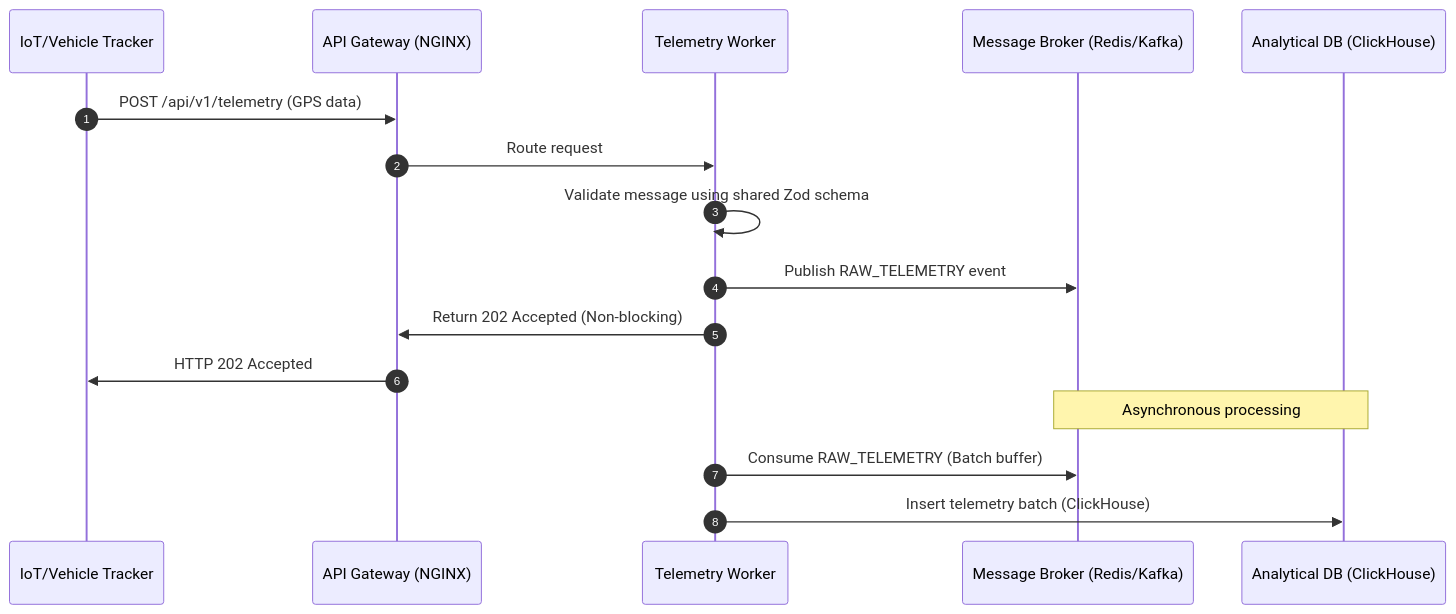
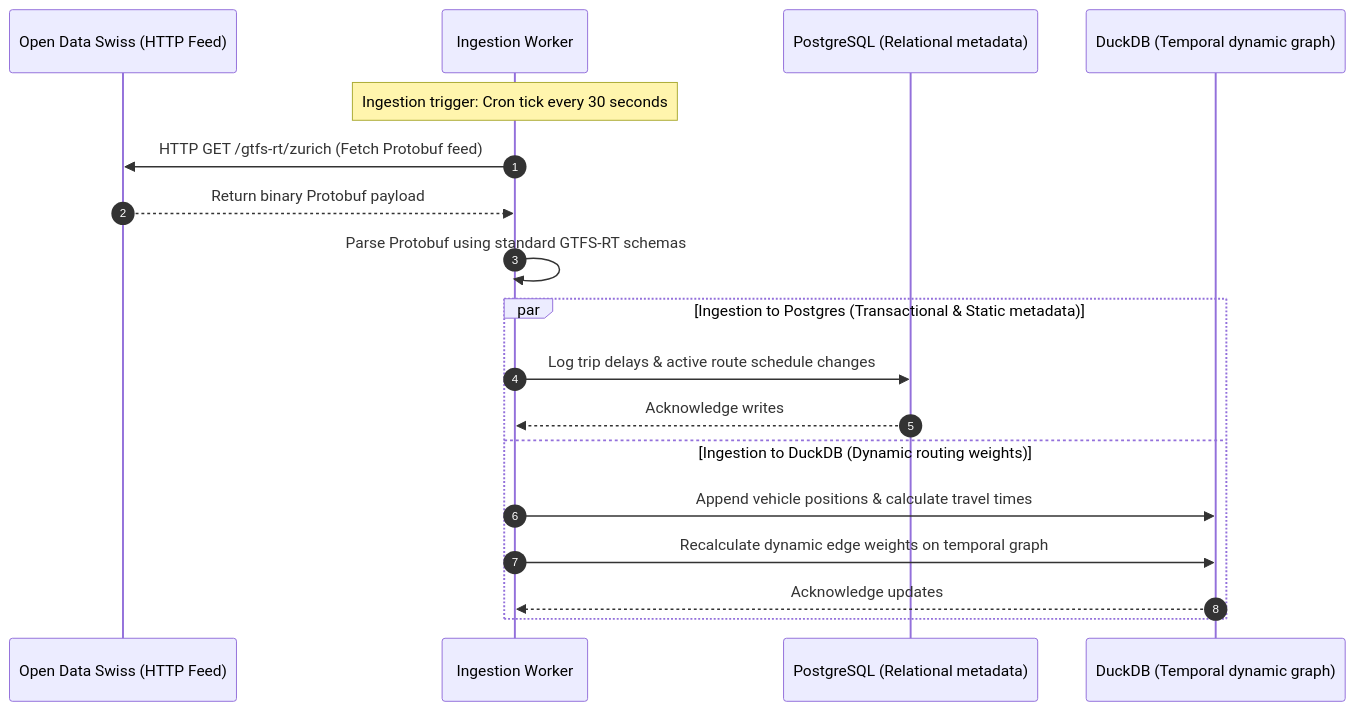
One commit to Shreyas-Agarwal/transit-intelligence changed the first of 2 diagrams in docs/design/request-lifecycle.md. Above: the diagram before and after it, drawn with Mermaid. The commit also changed other lines of this file and 1 other file, not shown here.

Commit message:
docs(design): update request-lifecycle and system-context for embedded DuckDB and GTFS-RT polling

````diff
--- a/docs/design/request-lifecycle.md
+++ b/docs/design/request-lifecycle.md
@@ -10,20 +10,22 @@
 ```mermaid
 sequenceDiagram
     autonumber
-    participant Vehicle as IoT/Vehicle Tracker
-    participant Gateway as API Gateway (NGINX)
-    participant Worker as Telemetry Worker
-    participant Broker as Message Broker (Redis/Kafka)
-    participant AnalyticalDB as Analytical DB (ClickHouse)
+    participant Feed as Open Data Swiss (HTTP Feed)
+    participant Worker as Ingestion Worker
+    participant DB as PostgreSQL (Relational metadata)
+    participant Duck as DuckDB (Temporal dynamic graph)
 
-    Vehicle->>Gateway: POST /api/v1/telemetry (GPS data)
-    Gateway->>Worker: Route request
-    Worker->>Worker: Validate message using shared Zod schema
-    Worker->>Broker: Publish RAW_TELEMETRY event
-    Worker->>Gateway: Return 202 Accepted (Non-blocking)
-    Gateway->>Vehicle: HTTP 202 Accepted
+    Note over Worker: Ingestion trigger: Cron tick every 30 seconds
+    Worker->>Feed: HTTP GET /gtfs-rt/zurich (Fetch Protobuf feed)
+    Feed-->>Worker: Return binary Protobuf payload
+    Worker->>Worker: Parse Protobuf using standard GTFS-RT schemas
 
-    Note over Broker, AnalyticalDB: Asynchronous processing
-    Worker->>Broker: Consume RAW_TELEMETRY (Batch buffer)
-    Worker->>AnalyticalDB: Insert telemetry batch (ClickHouse)
+    par Ingestion to Postgres (Transactional & Static metadata)
+        Worker->>DB: Log trip delays & active route schedule changes
+        DB-->>Worker: Acknowledge writes
+    and Ingestion to DuckDB (Dynamic routing weights)
+        Worker->>Duck: Append vehicle positions & calculate travel times
+        Worker->>Duck: Recalculate dynamic edge weights on temporal graph
+        Duck-->>Worker: Acknowledge updates
+    end
 ```
````
